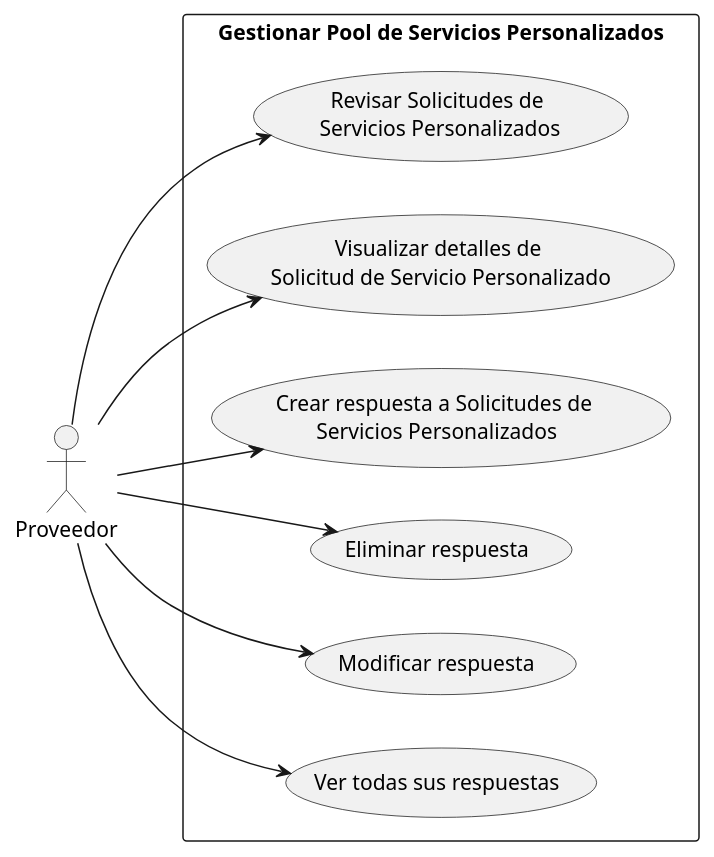
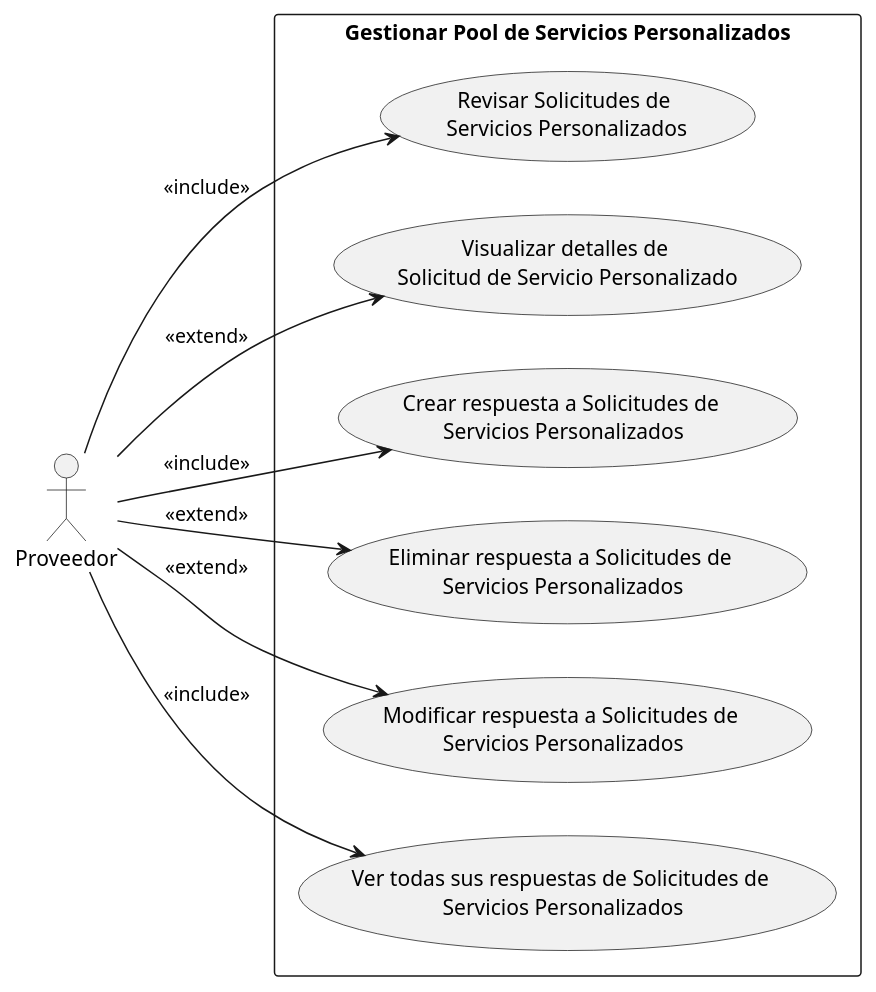
The diagram in docs/src/usecases/CU17/UCD17.wsd (UPSA-Projects/docs-condominio), drawn with PlantUML before and after one commit. The commit also changed 1 other file, not shown here.

```diff
--- a/docs/src/usecases/CU17/UCD17.wsd
+++ b/docs/src/usecases/CU17/UCD17.wsd
@@ -1,23 +1,23 @@
 @startuml
 left to right direction
 actor "Proveedor"
 
 rectangle "Gestionar Pool de Servicios Personalizados" {
     usecase "Revisar Solicitudes de \nServicios Personalizados" as cu1
     usecase "Visualizar detalles de \nSolicitud de Servicio Personalizado" as cu2
     usecase "Crear respuesta a Solicitudes de \nServicios Personalizados" as cu3
 
-    usecase "Eliminar respuesta" as cu4
-    usecase "Modificar respuesta" as cu5
-    usecase "Ver todas sus respuestas" as cu6
+    usecase "Eliminar respuesta a Solicitudes de \nServicios Personalizados" as cu4
+    usecase "Modificar respuesta a Solicitudes de \nServicios Personalizados" as cu5
+    usecase "Ver todas sus respuestas de Solicitudes de \nServicios Personalizados" as cu6
 }
 
-Proveedor --> cu1
-Proveedor --> cu2
-Proveedor --> cu3
-Proveedor --> cu4
-Proveedor --> cu5
-Proveedor --> cu6
+Proveedor --> cu1 : <<include>>
+Proveedor --> cu2 : <<extend>>
+Proveedor --> cu3 : <<include>>
+Proveedor --> cu4 : <<extend>>
+Proveedor --> cu5 : <<extend>>
+Proveedor --> cu6 : <<include>>
 
 
 @enduml
```
